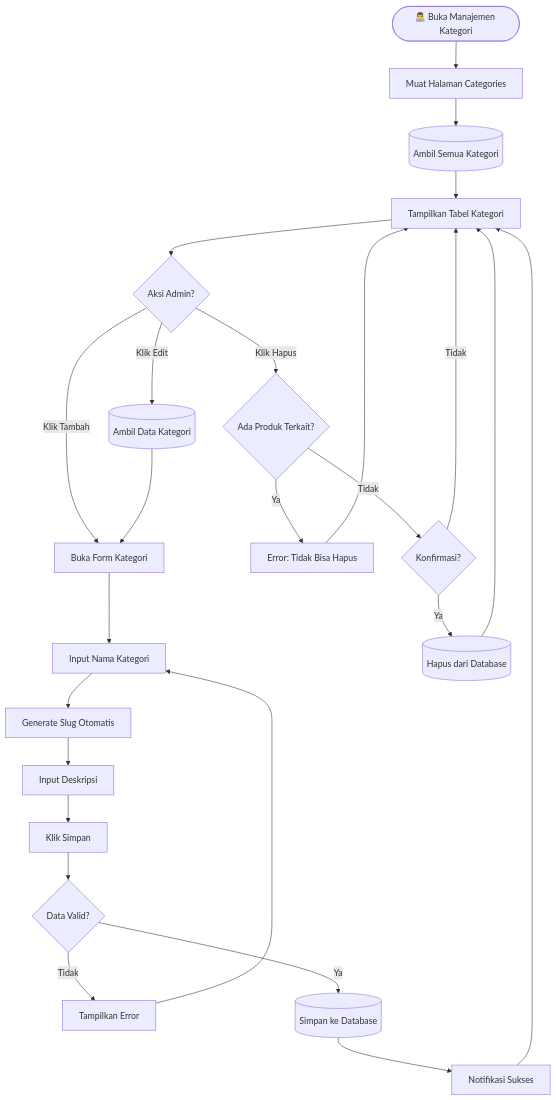
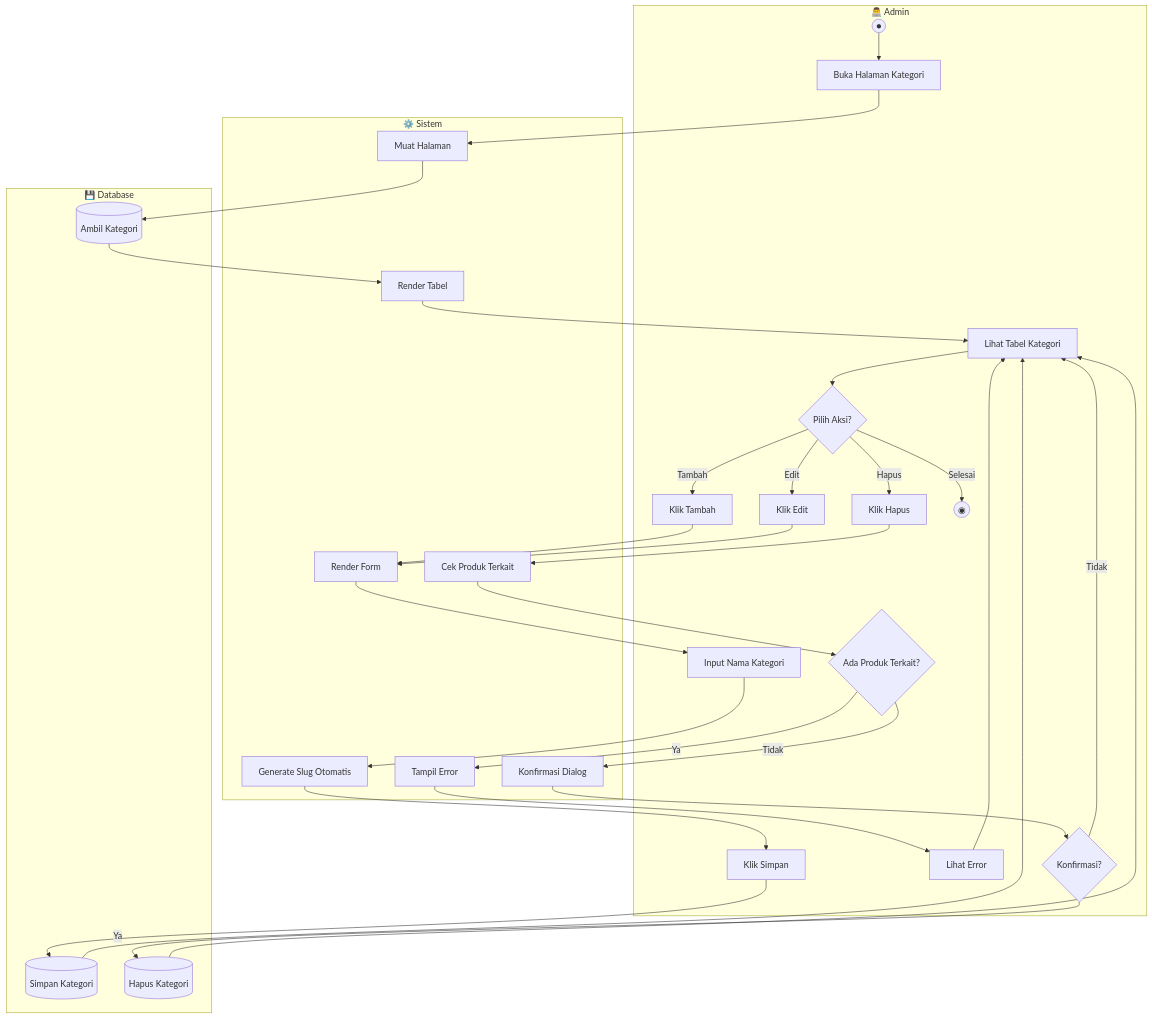
Before and after one commit to mustarisyahding07-spec/WEBSITE_SKRIPSI_MUSTARI: diagram 13 of 17 in docs/ACTIVITY_DIAGRAMS.md, drawn with Mermaid. The commit also changed other lines of this file, not shown here.

Commit message:
docs: update activity diagrams with swimlane format

````diff
--- a/docs/ACTIVITY_DIAGRAMS.md
+++ b/docs/ACTIVITY_DIAGRAMS.md
@@ -541,30 +769,62 @@
 ```mermaid
 flowchart TD
-    Start([👨‍💻 Buka Manajemen Kategori]) --> LoadPage[Muat Halaman Categories]
-    LoadPage --> FetchCategories[(Ambil Semua Kategori)]
-    FetchCategories --> DisplayTable[Tampilkan Tabel Kategori]
-    DisplayTable --> UserAction{Aksi Admin?}
+    subgraph Admin["👨‍💻 Admin"]
+        A1((●))
+        A2[Buka Halaman Kategori]
+        A3[Lihat Tabel Kategori]
+        A4{Pilih Aksi?}
+        A5[Klik Tambah]
+        A6[Input Nama Kategori]
+        A7[Klik Simpan]
+        A8[Klik Edit]
+        A9[Klik Hapus]
+        A10{Ada Produk Terkait?}
+        A11[Lihat Error]
+        A12{Konfirmasi?}
+        A13((◉))
+    end
     
-    UserAction -->|Klik Tambah| OpenForm[Buka Form Kategori]
-    OpenForm --> InputName[Input Nama Kategori]
-    InputName --> AutoGenerateSlug[Generate Slug Otomatis]
-    AutoGenerateSlug --> InputDescription[Input Deskripsi]
-    InputDescription --> ClickSave[Klik Simpan]
-    ClickSave --> ValidateCategory{Data Valid?}
-    ValidateCategory -->|Tidak| ShowError[Tampilkan Error]
-    ShowError --> InputName
-    ValidateCategory -->|Ya| SaveCategory[(Simpan ke Database)]
-    SaveCategory --> ShowSuccess[Notifikasi Sukses]
-    ShowSuccess --> DisplayTable
+    subgraph Sistem["⚙️ Sistem"]
+        S1[Muat Halaman]
+        S2[Render Tabel]
+        S3[Render Form]
+        S4[Generate Slug Otomatis]
+        S5[Cek Produk Terkait]
+        S6[Tampil Error]
+        S7[Konfirmasi Dialog]
+    end
     
-    UserAction -->|Klik Edit| LoadCategory[(Ambil Data Kategori)]
-    LoadCategory --> OpenForm
+    subgraph Database["💾 Database"]
+        D1[(Ambil Kategori)]
+        D2[(Simpan Kategori)]
+        D3[(Hapus Kategori)]
+    end
     
-    UserAction -->|Klik Hapus| CheckProducts{Ada Produk Terkait?}
-    CheckProducts -->|Ya| ShowCannotDelete[Error: Tidak Bisa Hapus]
-    ShowCannotDelete --> DisplayTable
-    CheckProducts -->|Tidak| ConfirmDelete{Konfirmasi?}
-    ConfirmDelete -->|Tidak| DisplayTable
-    ConfirmDelete -->|Ya| DeleteCategory[(Hapus dari Database)]
-    DeleteCategory --> DisplayTable
+    A1 --> A2
+    A2 --> S1
+    S1 --> D1
+    D1 --> S2
+    S2 --> A3
+    A3 --> A4
+    A4 -->|Tambah| A5
+    A5 --> S3
+    S3 --> A6
+    A6 --> S4
+    S4 --> A7
+    A7 --> D2
+    D2 --> A3
+    A4 -->|Edit| A8
+    A8 --> S3
+    A4 -->|Hapus| A9
+    A9 --> S5
+    S5 --> A10
+    A10 -->|Ya| S6
+    S6 --> A11
+    A11 --> A3
+    A10 -->|Tidak| S7
+    S7 --> A12
+    A12 -->|Ya| D3
+    D3 --> A3
+    A12 -->|Tidak| A3
+    A4 -->|Selesai| A13
 ```
````
